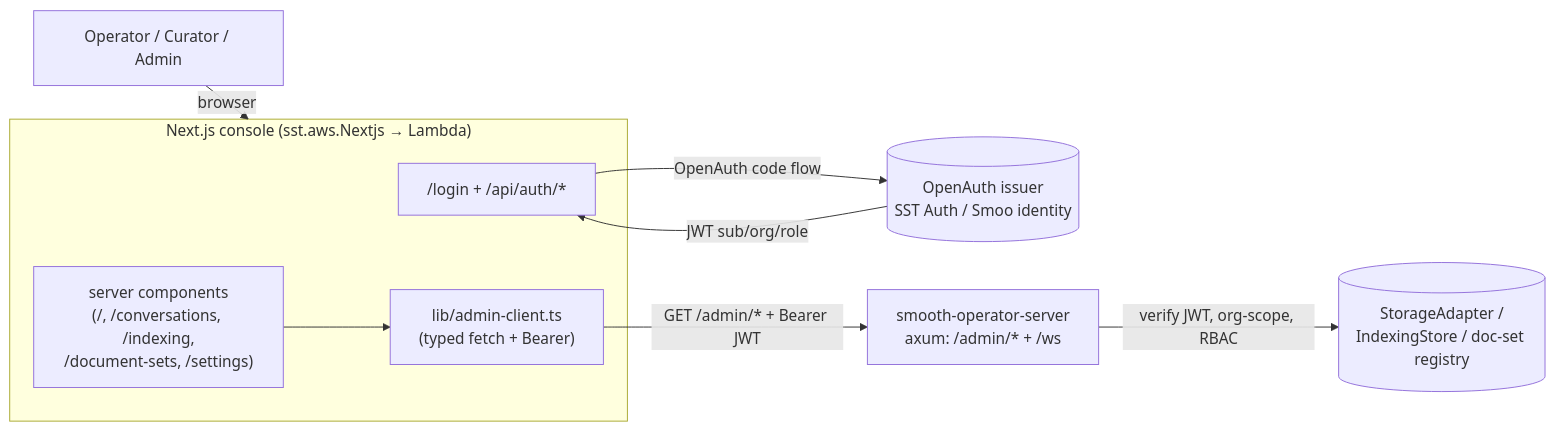
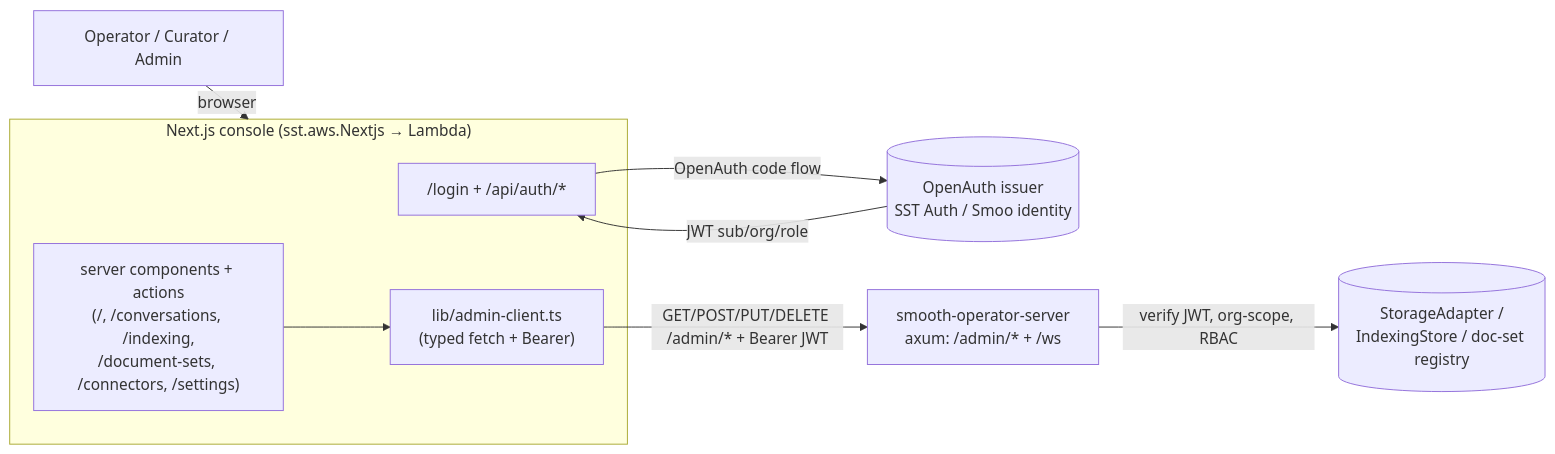
Before and after one commit to SmooAI/smooth-agent: the diagram in console/README.md, drawn with Mermaid. The commit also changed other lines of this file and 15 other files, not shown here.

First line of the commit message:
Phase 12: console write pages — connector CRUD + Index now + editable settings

````diff
--- a/console/README.md
+++ b/console/README.md
@@ -19,14 +23,14 @@
 ```mermaid
 flowchart LR
     User[Operator / Curator / Admin] -->|browser| Console
     subgraph Console["Next.js console (sst.aws.Nextjs → Lambda)"]
       Login["/login + /api/auth/*"]
-      Pages["server components<br/>(/, /conversations, /indexing,<br/>/document-sets, /settings)"]
+      Pages["server components + actions<br/>(/, /conversations, /indexing,<br/>/document-sets, /connectors, /settings)"]
       Client["lib/admin-client.ts<br/>(typed fetch + Bearer)"]
     end
     Login -->|OpenAuth code flow| Issuer[(OpenAuth issuer<br/>SST Auth / Smoo identity)]
     Issuer -->|JWT sub/org/role| Login
     Pages --> Client
-    Client -->|GET /admin/* + Bearer JWT| Admin["smooth-operator-server<br/>axum: /admin/* + /ws"]
+    Client -->|GET/POST/PUT/DELETE /admin/* + Bearer JWT| Admin["smooth-operator-server<br/>axum: /admin/* + /ws"]
     Admin -->|verify JWT, org-scope, RBAC| Storage[(StorageAdapter /<br/>IndexingStore / doc-set registry)]
 ```
````
